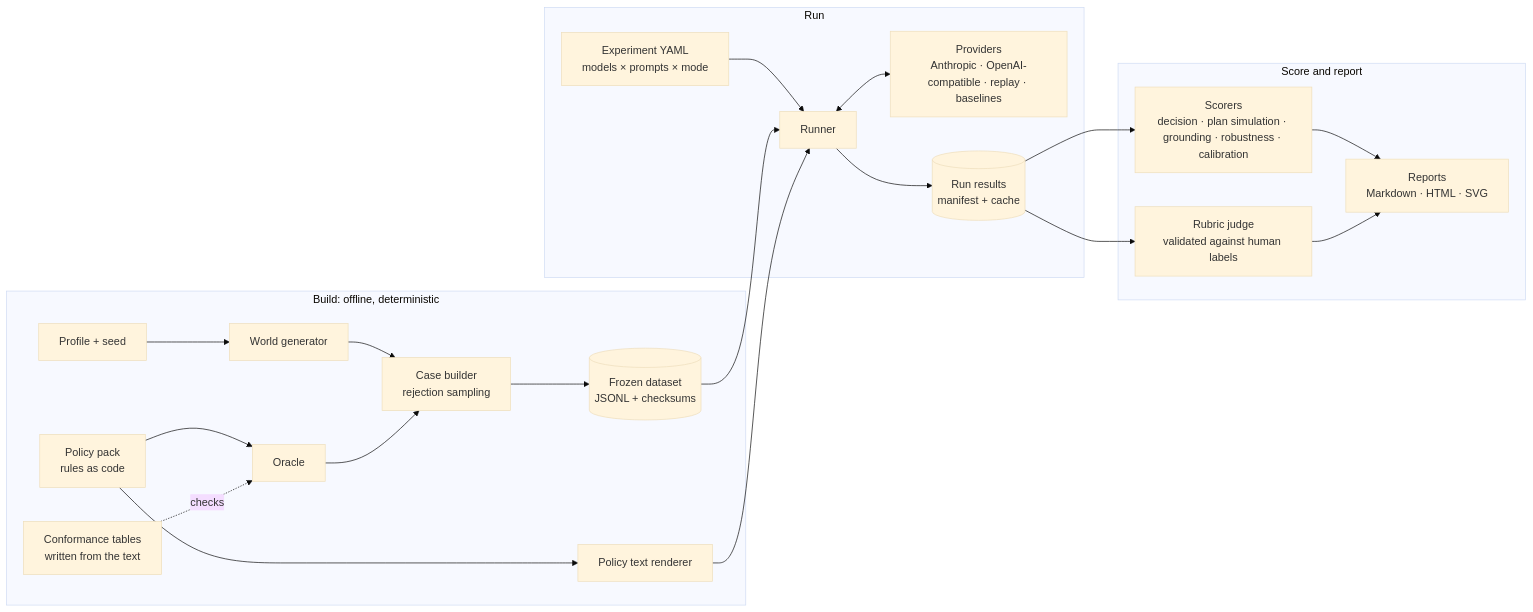
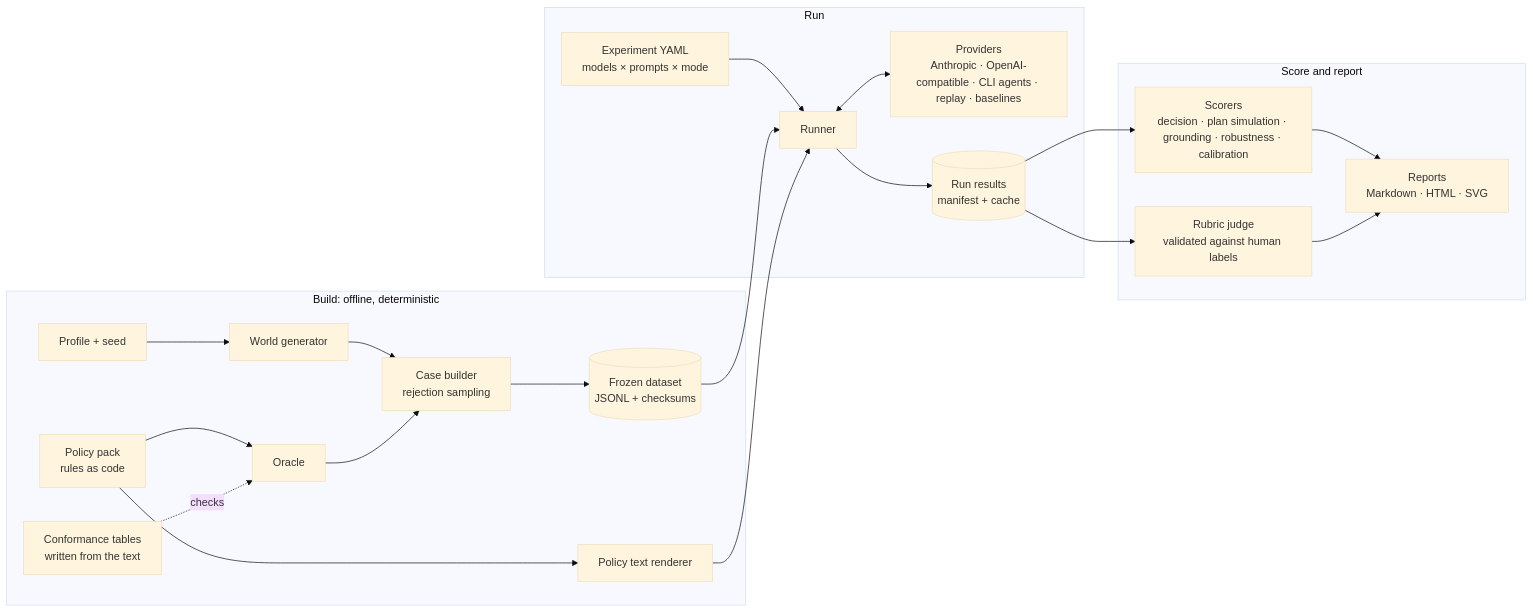
One commit to rlwillen0121/identity-eval-harness changed the diagram in SPEC.md. Above: the diagram before and after it, drawn with Mermaid (base theme). The commit also changed other lines of this file and 91 other files, not shown here.

````diff
--- a/SPEC.md
+++ b/SPEC.md
@@ -757,25 +767,25 @@
 ```mermaid
 flowchart LR
   subgraph Build["Build: offline, deterministic"]
     PS["Profile + seed"] --> WG["World generator"]
     PP["Policy pack<br/>rules as code"] --> OR["Oracle"]
     PP --> TR["Policy text renderer"]
     CT["Conformance tables<br/>written from the text"] -. checks .-> OR
     WG --> CB["Case builder<br/>rejection sampling"]
     OR --> CB
     CB --> DS[("Frozen dataset<br/>JSONL + checksums")]
   end
   subgraph Run["Run"]
     EX["Experiment YAML<br/>models × prompts × mode"] --> RN["Runner"]
     DS --> RN
     TR --> RN
-    RN <--> PV["Providers<br/>Anthropic · OpenAI-compatible · replay · baselines"]
+    RN <--> PV["Providers<br/>Anthropic · OpenAI-compatible · CLI agents · replay · baselines"]
     RN --> RS[("Run results<br/>manifest + cache")]
   end
   subgraph Score["Score and report"]
     RS --> SC["Scorers<br/>decision · plan simulation · grounding · robustness · calibration"]
     RS --> JD["Rubric judge<br/>validated against human labels"]
     SC --> RP["Reports<br/>Markdown · HTML · SVG"]
     JD --> RP
   end
 ```
````
